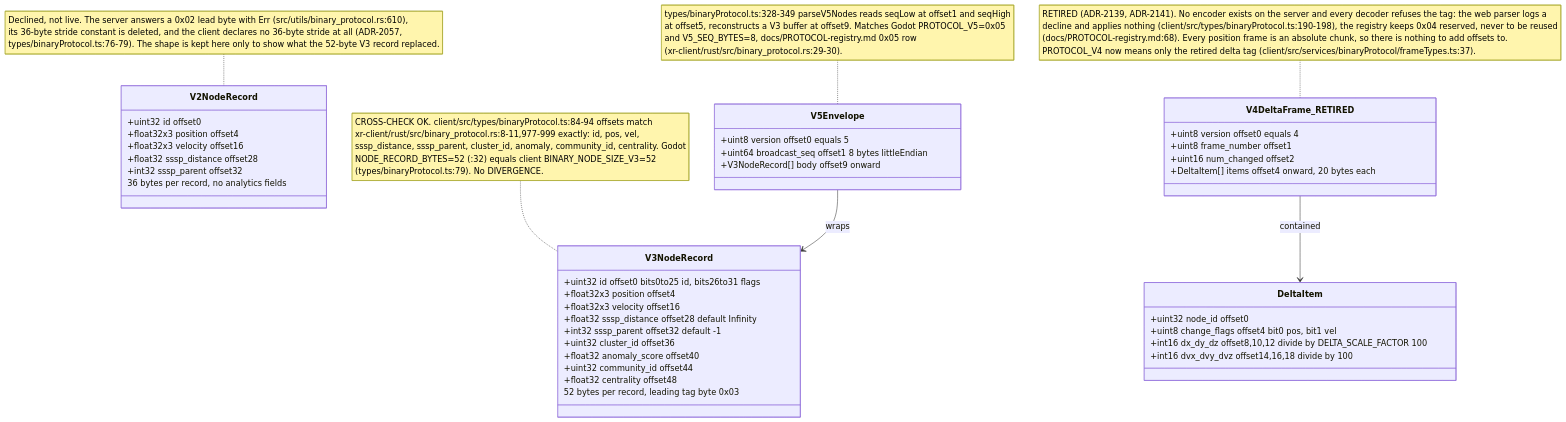
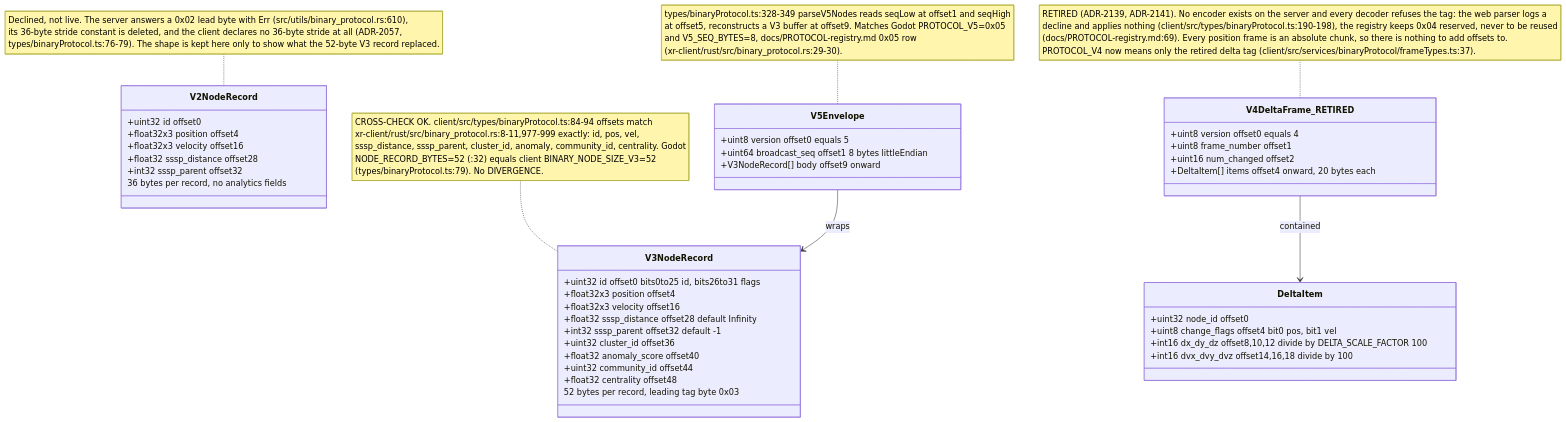
The fifth of 15 diagrams in docs/diagrams/visionclaw/32-client-websocket-and-binary.md (DreamLab-AI/VisionFlow), drawn with Mermaid before and after one commit. The commit also changed other lines of this file and 7 other files, not shown here.

First line of the commit message:
diagrams(visionclaw): re-verify VC-25..28 and VC-30..33 at visionclaw 4900ec60b, agentbox 59b1aca1c

````diff
--- a/docs/diagrams/visionclaw/32-client-websocket-and-binary.md
+++ b/docs/diagrams/visionclaw/32-client-websocket-and-binary.md
@@ -265,46 +266,46 @@
 ```mermaid
 classDiagram
     class V3NodeRecord {
       +uint32 id  offset0  bits0to25 id, bits26to31 flags
       +float32x3 position  offset4
       +float32x3 velocity  offset16
       +float32 sssp_distance  offset28  default Infinity
       +int32 sssp_parent  offset32  default -1
       +uint32 cluster_id  offset36
       +float32 anomaly_score  offset40
       +uint32 community_id  offset44
       +float32 centrality  offset48
       52 bytes per record, leading tag byte 0x03
     }
     class V2NodeRecord {
       +uint32 id  offset0
       +float32x3 position  offset4
       +float32x3 velocity  offset16
       +float32 sssp_distance  offset28
       +int32 sssp_parent  offset32
       36 bytes per record, no analytics fields
     }
     class V5Envelope {
       +uint8 version  offset0  equals 5
       +uint64 broadcast_seq  offset1  8 bytes littleEndian
       +V3NodeRecord[] body  offset9 onward
     }
     class V4DeltaFrame_RETIRED {
       +uint8 version  offset0  equals 4
       +uint8 frame_number  offset1
       +uint16 num_changed  offset2
       +DeltaItem[] items  offset4 onward, 20 bytes each
     }
     class DeltaItem {
       +uint32 node_id  offset0
       +uint8 change_flags  offset4  bit0 pos, bit1 vel
       +int16 dx_dy_dz  offset8,10,12  divide by DELTA_SCALE_FACTOR 100
       +int16 dvx_dvy_dvz  offset14,16,18  divide by 100
     }
     V5Envelope --> V3NodeRecord : wraps
     V4DeltaFrame_RETIRED --> DeltaItem : contained
     note for V3NodeRecord "CROSS-CHECK OK. client/src/types/binaryProtocol.ts:84-94 offsets match<br/>xr-client/rust/src/binary_protocol.rs:8-11,977-999 exactly: id, pos, vel,<br/>sssp_distance, sssp_parent, cluster_id, anomaly, community_id, centrality. Godot<br/>NODE_RECORD_BYTES=52 (:32) equals client BINARY_NODE_SIZE_V3=52<br/>(types/binaryProtocol.ts:79). No DIVERGENCE."
     note for V2NodeRecord "Declined, not live. The server answers a 0x02 lead byte with Err (src/utils/binary_protocol.rs:610),<br/>its 36-byte stride constant is deleted, and the client declares no 36-byte stride at all (ADR-2057,<br/>types/binaryProtocol.ts:76-79). The shape is kept here only to show what the 52-byte V3 record replaced."
     note for V5Envelope "types/binaryProtocol.ts:328-349 parseV5Nodes reads seqLow at offset1 and seqHigh<br/>at offset5, reconstructs a V3 buffer at offset9. Matches Godot PROTOCOL_V5=0x05<br/>and V5_SEQ_BYTES=8, docs/PROTOCOL-registry.md 0x05 row<br/>(xr-client/rust/src/binary_protocol.rs:29-30)."
-    note for V4DeltaFrame_RETIRED "RETIRED (ADR-2139, ADR-2141). No encoder exists on the server and every decoder refuses the tag: the web parser logs a<br/>decline and applies nothing (client/src/types/binaryProtocol.ts:190-198), the registry keeps 0x04 reserved, never to be reused<br/>(docs/PROTOCOL-registry.md:68). Every position frame is an absolute chunk, so there is nothing to add offsets to.<br/>PROTOCOL_V4 now means only the retired delta tag (client/src/services/binaryProtocol/frameTypes.ts:37)."
+    note for V4DeltaFrame_RETIRED "RETIRED (ADR-2139, ADR-2141). No encoder exists on the server and every decoder refuses the tag: the web parser logs a<br/>decline and applies nothing (client/src/types/binaryProtocol.ts:190-198), the registry keeps 0x04 reserved, never to be reused<br/>(docs/PROTOCOL-registry.md:69). Every position frame is an absolute chunk, so there is nothing to add offsets to.<br/>PROTOCOL_V4 now means only the retired delta tag (client/src/services/binaryProtocol/frameTypes.ts:37)."
 ```
````
